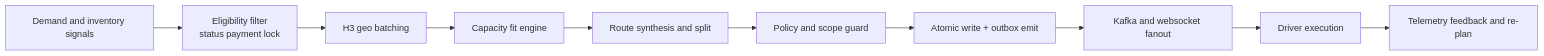
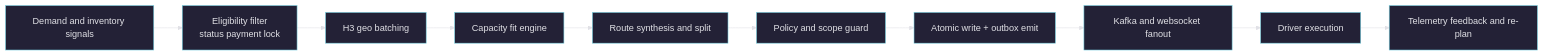
One commit to CYBERSTALKER07/ATOMOS changed the second of 4 diagrams in README.md. Above: the diagram before and after it, drawn with Mermaid. The commit also changed other lines of this file and 1 other file, not shown here.

````diff
--- a/README.md
+++ b/README.md
@@ -123,12 +135,13 @@
 ```mermaid
+%%{init: {"theme":"base","themeVariables":{"background":"#191622","primaryColor":"#232136","primaryTextColor":"#E1E1E6","primaryBorderColor":"#78D1E1","secondaryColor":"#2A2338","secondaryTextColor":"#E1E1E6","secondaryBorderColor":"#988BC7","tertiaryColor":"#1F3026","tertiaryTextColor":"#E1E1E6","tertiaryBorderColor":"#67E480","lineColor":"#E1E1E6","textColor":"#C7C7D1","mainBkg":"#232136","nodeBorder":"#78D1E1","clusterBkg":"#232136","clusterBorder":"#988BC7","titleColor":"#E1E1E6","edgeLabelBackground":"#232136","actorBkg":"#232136","actorBorder":"#78D1E1","actorTextColor":"#E1E1E6","actorLineColor":"#E1E1E6","signalColor":"#E1E1E6","signalTextColor":"#E1E1E6","labelBoxBkgColor":"#232136","labelBoxBorderColor":"#988BC7","labelTextColor":"#C7C7D1","loopTextColor":"#E1E1E6","activationBkgColor":"#2A2338","activationBorderColor":"#988BC7","sequenceNumberColor":"#191622","stateBkg":"#232136","stateBorder":"#67E480","stateTextColor":"#E1E1E6"}}}%%
 flowchart LR
    A[Demand and inventory signals] --> B[Eligibility filter\nstatus payment lock]
    B --> C[H3 geo batching]
    C --> D[Capacity fit engine]
    D --> E[Route synthesis and split]
    E --> F[Policy and scope guard]
    F --> G[Atomic write + outbox emit]
    G --> H[Kafka and websocket fanout]
    H --> I[Driver execution]
    I --> J[Telemetry feedback and re-plan]
 ```
````
